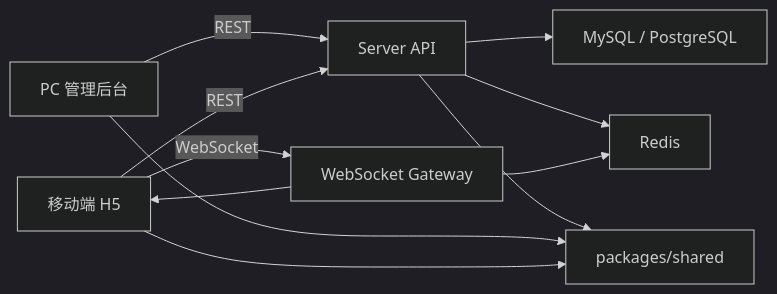
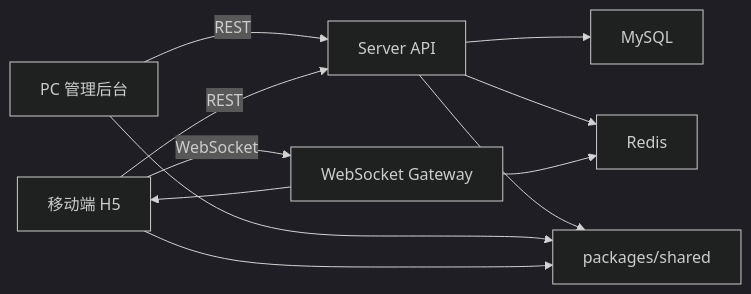
The first of 2 diagrams in docs/architecture.md (Cslearner-wjl/live-auction-system), drawn with Mermaid (dark theme) before and after one commit. The commit also changed other lines of this file and 30 other files, not shown here.

````diff
--- a/docs/architecture.md
+++ b/docs/architecture.md
@@ -49,13 +50,13 @@
 ```mermaid
 flowchart LR
   Admin["PC 管理后台"] -->|REST| Server["Server API"]
   Mobile["移动端 H5"] -->|REST| Server
   Mobile -->|WebSocket| Gateway["WebSocket Gateway"]
-  Server --> DB["MySQL / PostgreSQL"]
+  Server --> DB["MySQL"]
   Server --> Redis["Redis"]
   Gateway --> Redis
   Gateway --> Mobile
   Server --> Shared["packages/shared"]
   Admin --> Shared
   Mobile --> Shared
 ```
````
